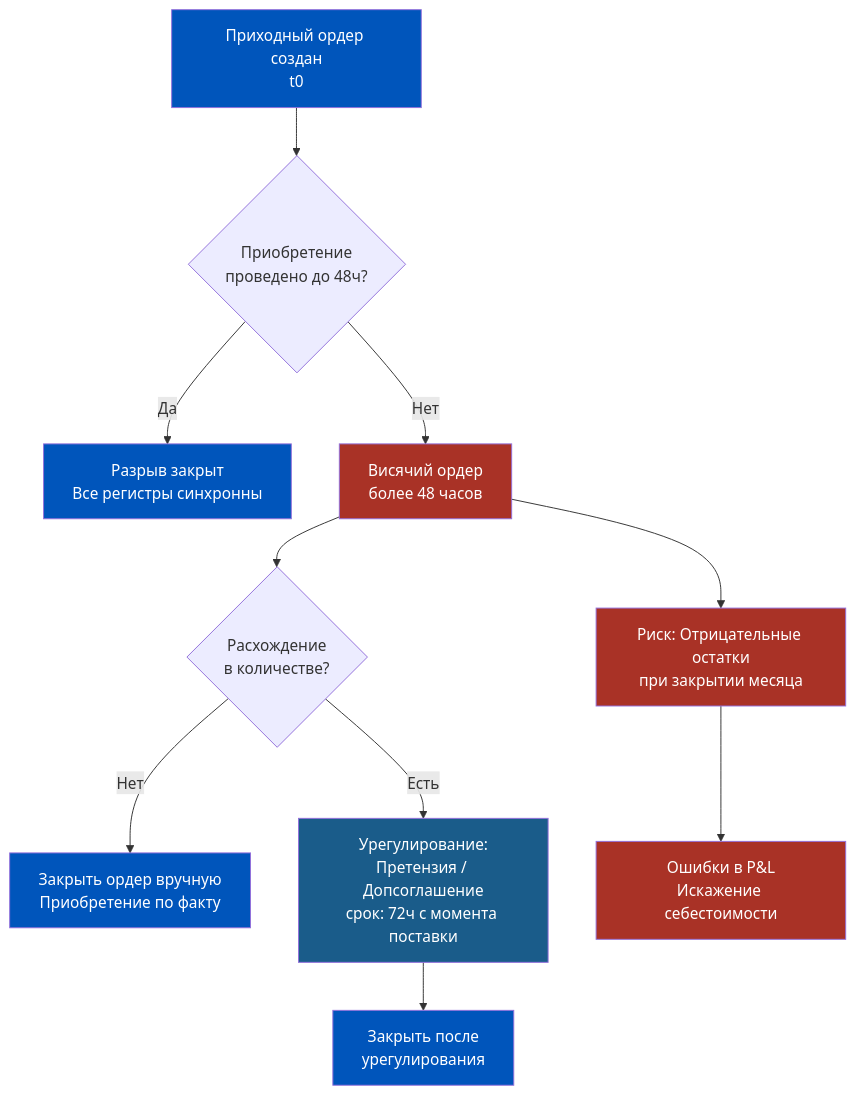
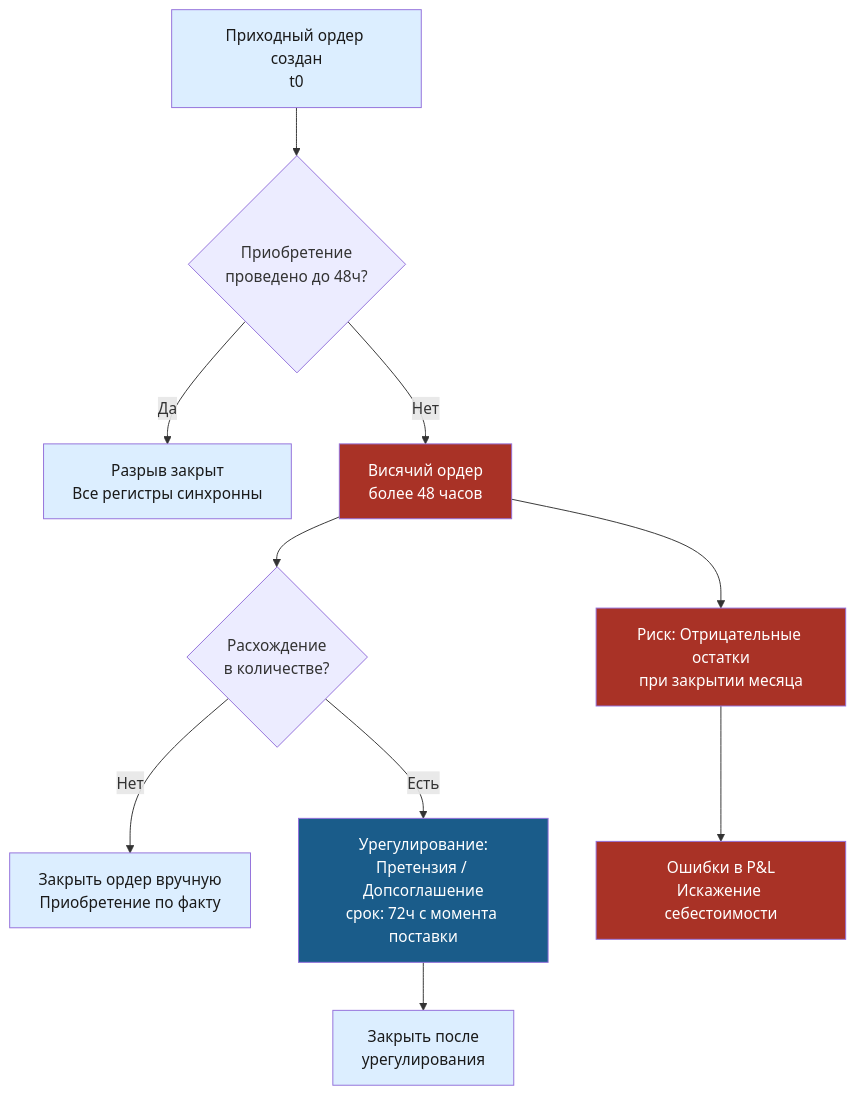
The seventh of 8 diagrams in content/1c-erp/week_4/Неделя 4 - День 1 - Ордерная схема склада.md (murad1986/1c-erp-quartz), drawn with Mermaid before and after one commit. The commit also changed other lines of this file and 57 other files, not shown here.

First line of the commit message:
fix: Mermaid — пастельные цвета в источниках диаграмм (56 файлов)

````diff
--- a/content/1c-erp/week_4/Неделя 4 - День 1 - Ордерная схема склада.md
+++ b/content/1c-erp/week_4/Неделя 4 - День 1 - Ордерная схема склада.md
@@ -370,31 +370,31 @@
 ```mermaid
 flowchart TD
     START["Приходный ордер создан<br/>t0"]
 
     START --> Q1{"Приобретение<br/>проведено до 48ч?"}
 
     Q1 -- Да --> OK["Разрыв закрыт<br/>Все регистры синхронны"]
 
     Q1 -- Нет --> HANG["Висячий ордер<br/>более 48 часов"]
 
     HANG --> Q2{"Расхождение<br/>в количестве?"}
 
     Q2 -- Нет --> CLOSE_M["Закрыть ордер вручную<br/>Приобретение по факту"]
 
     Q2 -- Есть --> ACT["Урегулирование:<br/>Претензия / Допсоглашение<br/>срок: 72ч с момента поставки"]
 
     ACT --> CLOSE_A["Закрыть после<br/>урегулирования"]
 
     HANG --> RISK["Риск: Отрицательные остатки<br/>при закрытии месяца"]
 
     RISK --> ERR["Ошибки в P&L<br/>Искажение себестоимости"]
 
-    style START fill:#0055BB,color:#fff
-    style OK fill:#0055BB,color:#fff
+    style START fill:#dceeff,color:#1a1a1a
+    style OK fill:#dceeff,color:#1a1a1a
     style HANG fill:#A93226,color:#fff
     style RISK fill:#A93226,color:#fff
     style ERR fill:#A93226,color:#fff
     style ACT fill:#1a5c8a,color:#fff
-    style CLOSE_M fill:#0055BB,color:#fff
-    style CLOSE_A fill:#0055BB,color:#fff
+    style CLOSE_M fill:#dceeff,color:#1a1a1a
+    style CLOSE_A fill:#dceeff,color:#1a1a1a
 ```
````
